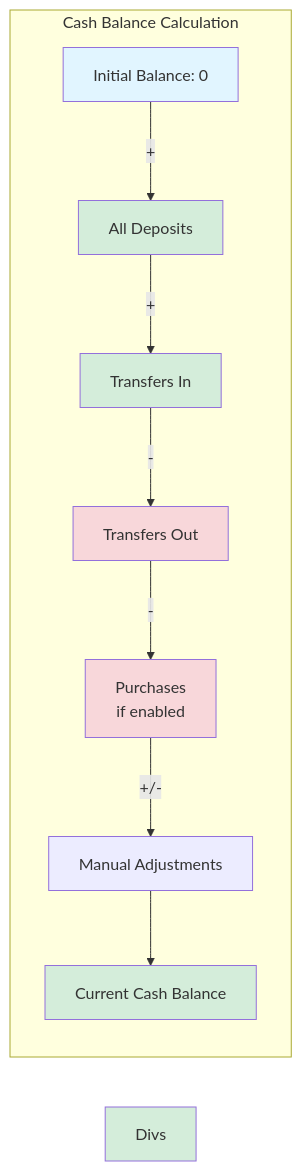
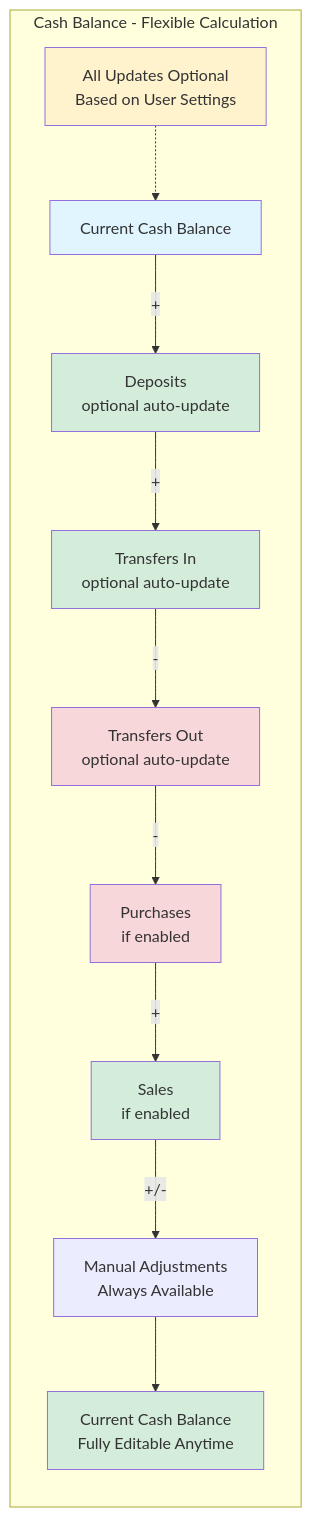
The sixth of 10 diagrams in docs/diagrams/data-flow.md (marcelrienks/Prosperity), drawn with Mermaid before and after one commit. The commit also changed other lines of this file and 5 other files, not shown here.

````diff
--- a/docs/diagrams/data-flow.md
+++ b/docs/diagrams/data-flow.md
@@ -241,22 +265,28 @@
 ```mermaid
 flowchart LR
-    subgraph Formula["Cash Balance Calculation"]
-        Start[Initial Balance: 0]
+    subgraph Formula["Cash Balance - Flexible Calculation"]
+        Start[Current Cash Balance]
         
-        Start -->|+| Deposits[All Deposits]
-        Deposits -->|+| TransIn[Transfers In]
-        TransIn -->|-| TransOut[Transfers Out]
+        Note1[All Updates Optional<br/>Based on User Settings]
+        
+        Start -->|+| Deposits[Deposits<br/>optional auto-update]
+        Deposits -->|+| TransIn[Transfers In<br/>optional auto-update]
+        TransIn -->|-| TransOut[Transfers Out<br/>optional auto-update]
         TransOut -->|-| Purch[Purchases<br/>if enabled]
-        Purch -->|+/-| Adj[Manual Adjustments]
+        Purch -->|+| Sales[Sales<br/>if enabled]
+        Sales -->|+/-| Adj[Manual Adjustments<br/>Always Available]
         
-        Adj --> Final[Current Cash Balance]
+        Adj --> Final[Current Cash Balance<br/>Fully Editable Anytime]
+        
+        Note1 -.-> Start
     end
     
     style Start fill:#e1f5ff
     style Final fill:#d4edda
     style Deposits fill:#d4edda
     style TransIn fill:#d4edda
-    style Divs fill:#d4edda
+    style Sales fill:#d4edda
     style TransOut fill:#f8d7da
     style Purch fill:#f8d7da
+    style Note1 fill:#fff3cd
 ```
````
